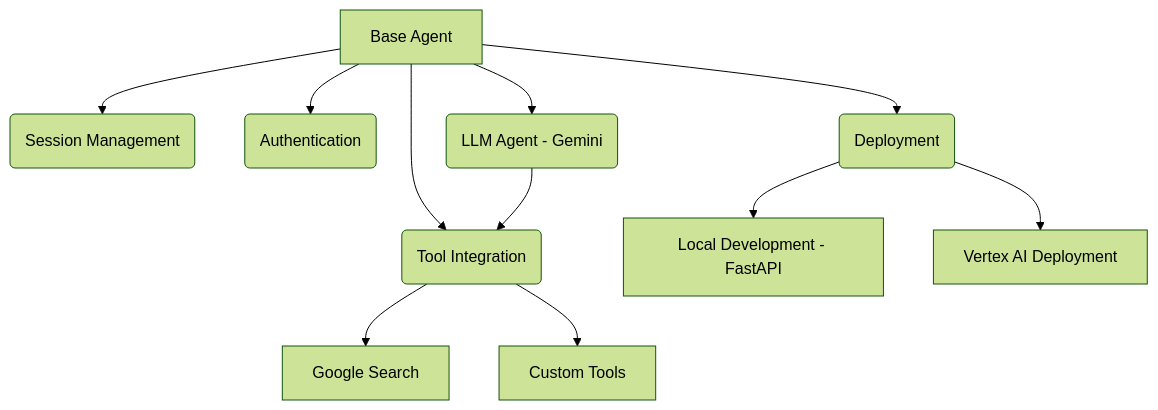
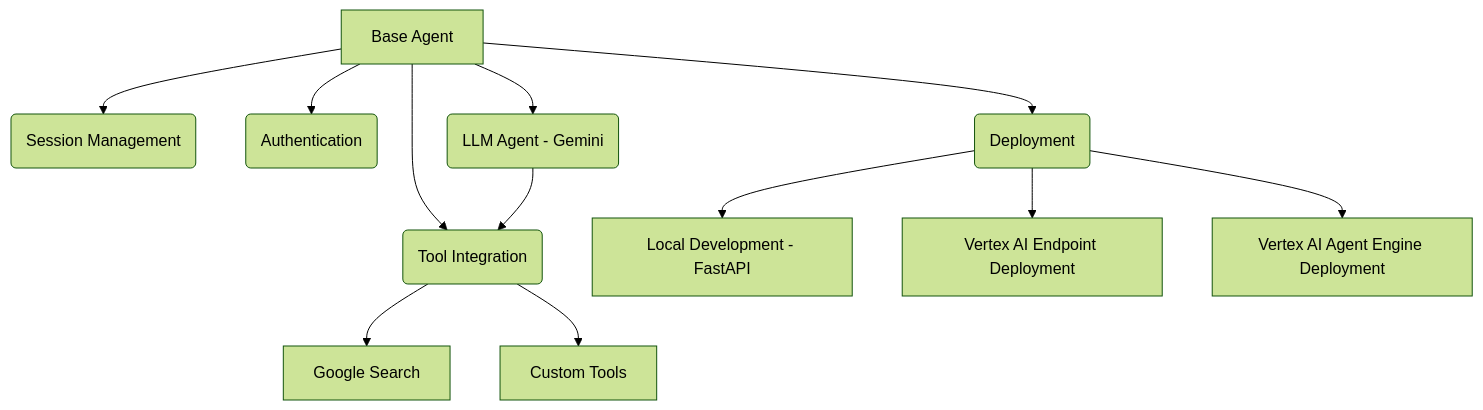
The first of 3 diagrams in docs/project_visualization.md (Slava12233/MonteCarloRisk), drawn with Mermaid (forest theme) before and after one commit. The commit also changed other lines of this file and 4 other files, not shown here.

Commit message:
Add Agent Engine deployment documentation

````diff
--- a/docs/project_visualization.md
+++ b/docs/project_visualization.md
@@ -35,16 +35,17 @@
 ```mermaid
 graph TD
     A["Base Agent"] --> B("Tool Integration")
     A --> C("Session Management")
     A --> D("Authentication")
     A --> E("Deployment")
     A --> F("LLM Agent - Gemini")
 
     B --> B1["Google Search"]
     B --> B3["Custom Tools"]
 
     E --> E1["Local Development - FastAPI"]
-    E --> E2["Vertex AI Deployment"]
+    E --> E2["Vertex AI Endpoint Deployment"]
+    E --> E3["Vertex AI Agent Engine Deployment"]
 
     F --> B
 ```
````
